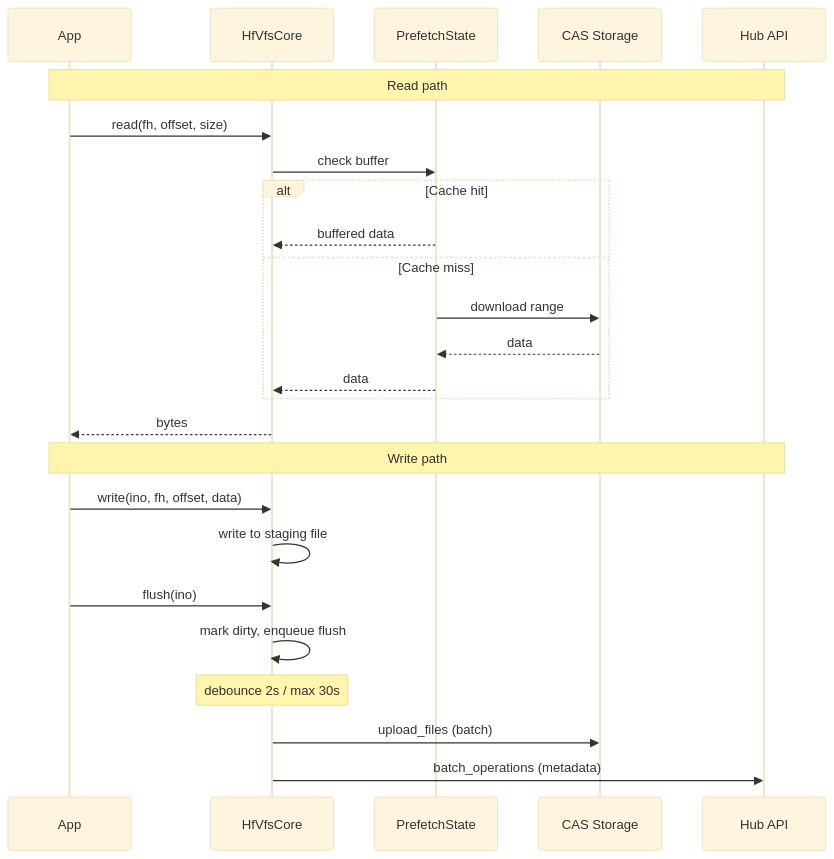
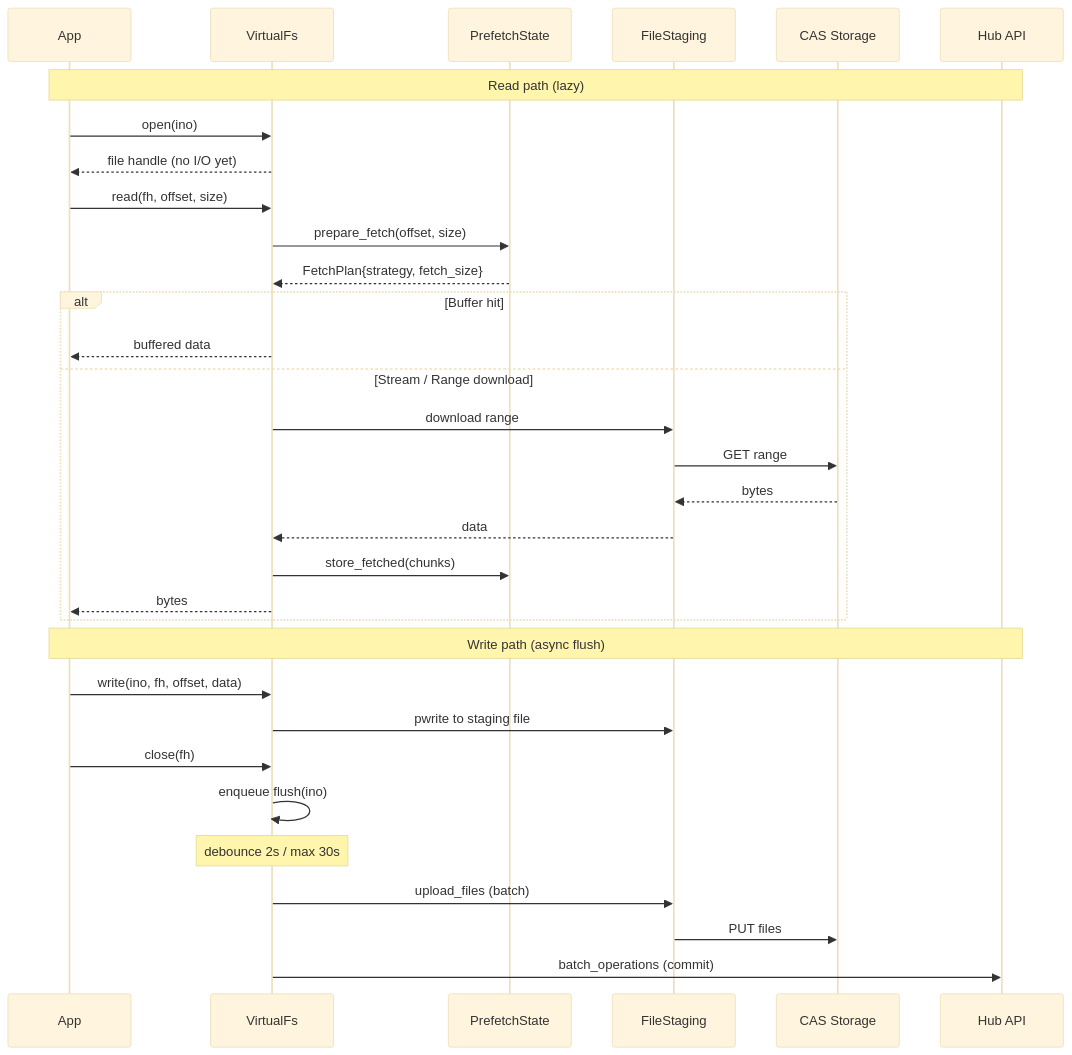
One commit to huggingface/hf-mount changed the second of 2 diagrams in README.md. Above: the diagram before and after it, drawn with Mermaid (base theme). The commit also changed other lines of this file and 11 other files, not shown here.

First line of the commit message:
Refactor VFS: extract flush/prefetch, fix rename/inode races, update README

````diff
--- a/README.md
+++ b/README.md
@@ -58,29 +51,37 @@
 ```mermaid
 sequenceDiagram
     participant App
-    participant VFS as HfVfsCore
-    participant Prefetch as PrefetchState
+    participant VFS as VirtualFs
+    participant PF as PrefetchState
+    participant Staging as FileStaging
     participant CAS as CAS Storage
     participant Hub as Hub API
 
-    Note over App,Hub: Read path
+    Note over App,Hub: Read path (lazy)
+    App->>VFS: open(ino)
+    VFS-->>App: file handle (no I/O yet)
     App->>VFS: read(fh, offset, size)
-    VFS->>Prefetch: check buffer
-    alt Cache hit
-        Prefetch-->>VFS: buffered data
-    else Cache miss
-        Prefetch->>CAS: download range
-        CAS-->>Prefetch: data
-        Prefetch-->>VFS: data
+    VFS->>PF: prepare_fetch(offset, size)
+    PF-->>VFS: FetchPlan{strategy, fetch_size}
+
+    alt Buffer hit
+        VFS-->>App: buffered data
+    else Stream / Range download
+        VFS->>Staging: download range
+        Staging->>CAS: GET range
+        CAS-->>Staging: bytes
+        Staging-->>VFS: data
+        VFS->>PF: store_fetched(chunks)
+        VFS-->>App: bytes
     end
-    VFS-->>App: bytes
 
-    Note over App,Hub: Write path
+    Note over App,Hub: Write path (async flush)
     App->>VFS: write(ino, fh, offset, data)
-    VFS->>VFS: write to staging file
-    App->>VFS: flush(ino)
-    VFS->>VFS: mark dirty, enqueue flush
+    VFS->>Staging: pwrite to staging file
+    App->>VFS: close(fh)
+    VFS->>VFS: enqueue flush(ino)
     Note over VFS: debounce 2s / max 30s
-    VFS->>CAS: upload_files (batch)
-    VFS->>Hub: batch_operations (metadata)
+    VFS->>Staging: upload_files (batch)
+    Staging->>CAS: PUT files
+    VFS->>Hub: batch_operations (commit)
 ```
````
